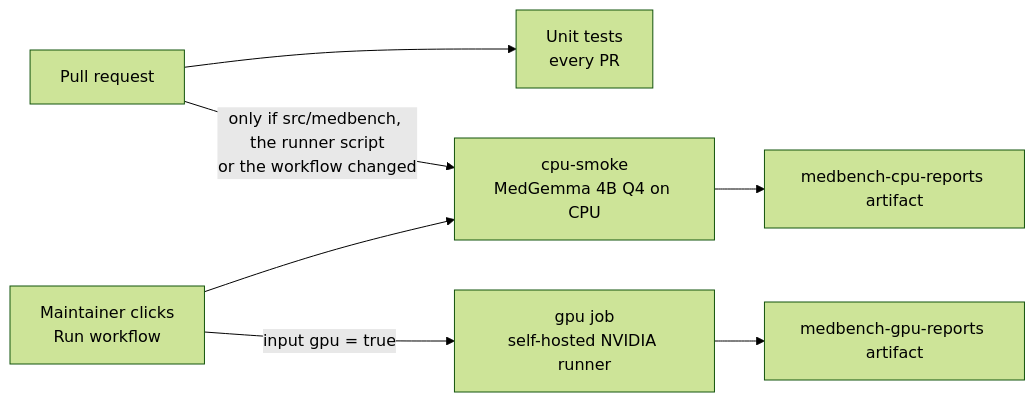
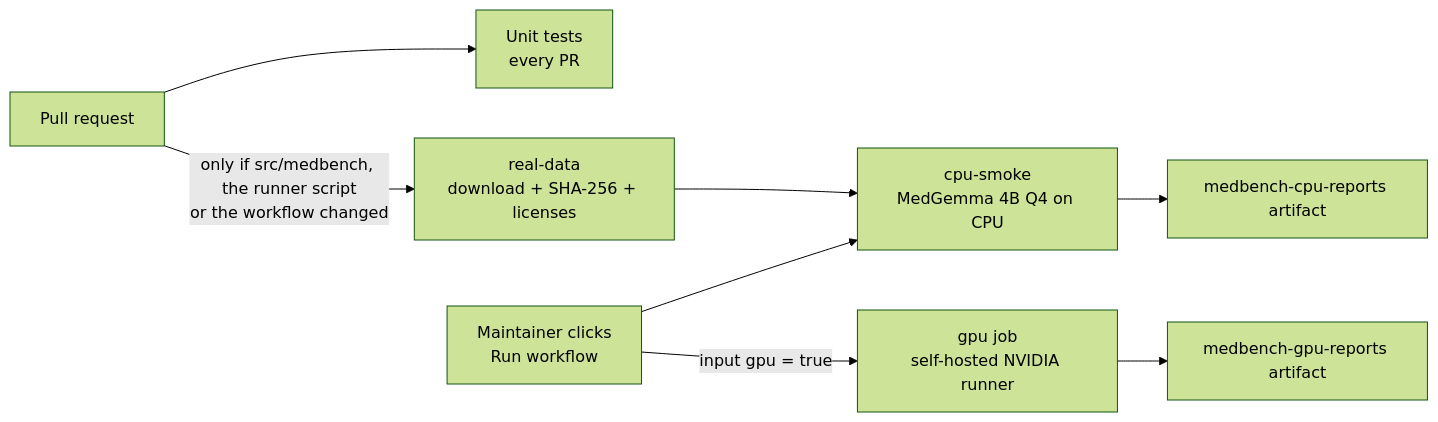
One commit to konard/medical-neural-network-ml changed the first of 3 diagrams in docs/case-studies/issue-1/ci-and-gpu-runner.md. Above: the diagram before and after it, drawn with Mermaid (forest theme). The commit also changed other lines of this file and 14 other files, not shown here.

````diff
--- a/docs/case-studies/issue-1/ci-and-gpu-runner.md
+++ b/docs/case-studies/issue-1/ci-and-gpu-runner.md
@@ -18,9 +19,10 @@
 ```mermaid
 flowchart LR
   PR[Pull request] --> UT[Unit tests<br/>every PR]
-  PR -->|"only if src/medbench, the runner script<br/>or the workflow changed"| CPU[cpu-smoke<br/>MedGemma 4B Q4 on CPU]
+  PR -->|"only if src/medbench, the runner script<br/>or the workflow changed"| RD[real-data<br/>download + SHA-256 + licenses]
+  RD --> CPU[cpu-smoke<br/>MedGemma 4B Q4 on CPU]
   Maint[Maintainer clicks<br/>Run workflow] --> CPU
   Maint -->|"input gpu = true"| GPU[gpu job<br/>self-hosted NVIDIA runner]
   CPU --> Rep[medbench-cpu-reports artifact]
   GPU --> Rep2[medbench-gpu-reports artifact]
 ```
````
